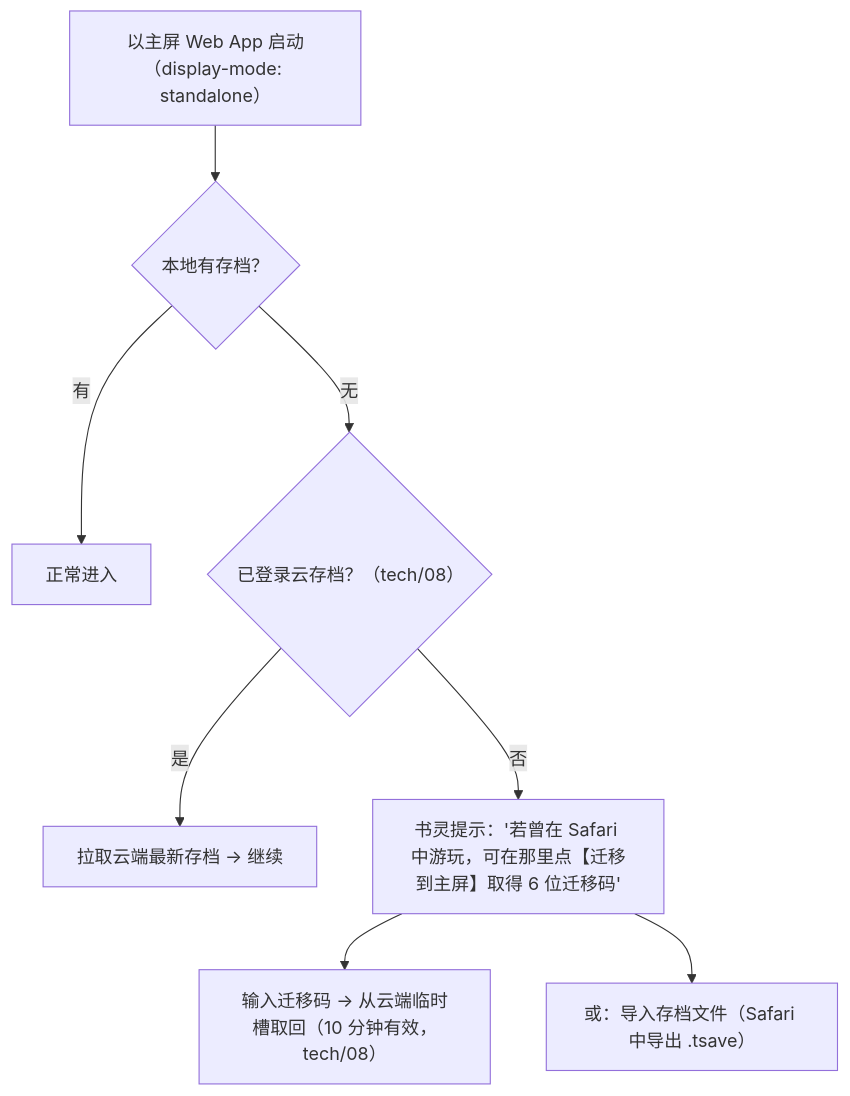
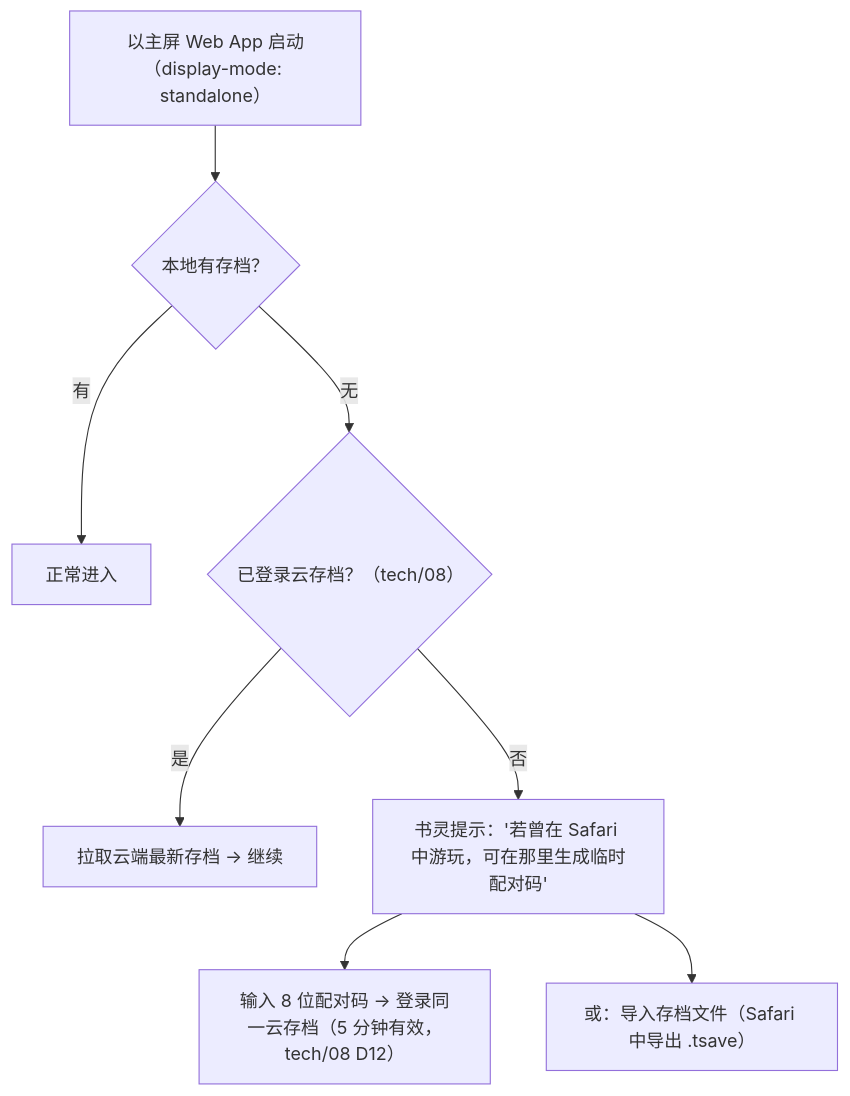
One commit to radarxc/jinyongqunxia changed the first of 2 diagrams in docs/tech/03-mobile-performance.md. Above: the diagram before and after it, drawn with Mermaid. The commit also changed other lines of this file and 1 other file, not shown here.

First line of the commit message:
agents(B6a): 续写 tech/03 手机性能（§6.8 起至文末）

````diff
--- a/docs/tech/03-mobile-performance.md
+++ b/docs/tech/03-mobile-performance.md
@@ -698,10 +709,10 @@
 ```mermaid
 flowchart TD
   A["以主屏 Web App 启动（display-mode: standalone）"] --> B{"本地有存档？"}
   B -- 有 --> OK["正常进入"]
   B -- 无 --> C{"已登录云存档？（tech/08）"}
   C -- 是 --> D["拉取云端最新存档 → 继续"]
-  C -- 否 --> E["书灵提示：'若曾在 Safari 中游玩，可在那里点【迁移到主屏】取得 6 位迁移码'"]
-  E --> F["输入迁移码 → 从云端临时槽取回（10 分钟有效，tech/08）"]
+  C -- 否 --> E["书灵提示：'若曾在 Safari 中游玩，可在那里生成临时配对码'"]
+  E --> F["输入 8 位配对码 → 登录同一云存档（5 分钟有效，tech/08 D12）"]
   E --> G["或：导入存档文件（Safari 中导出 .tsave）"]
 ```
````
